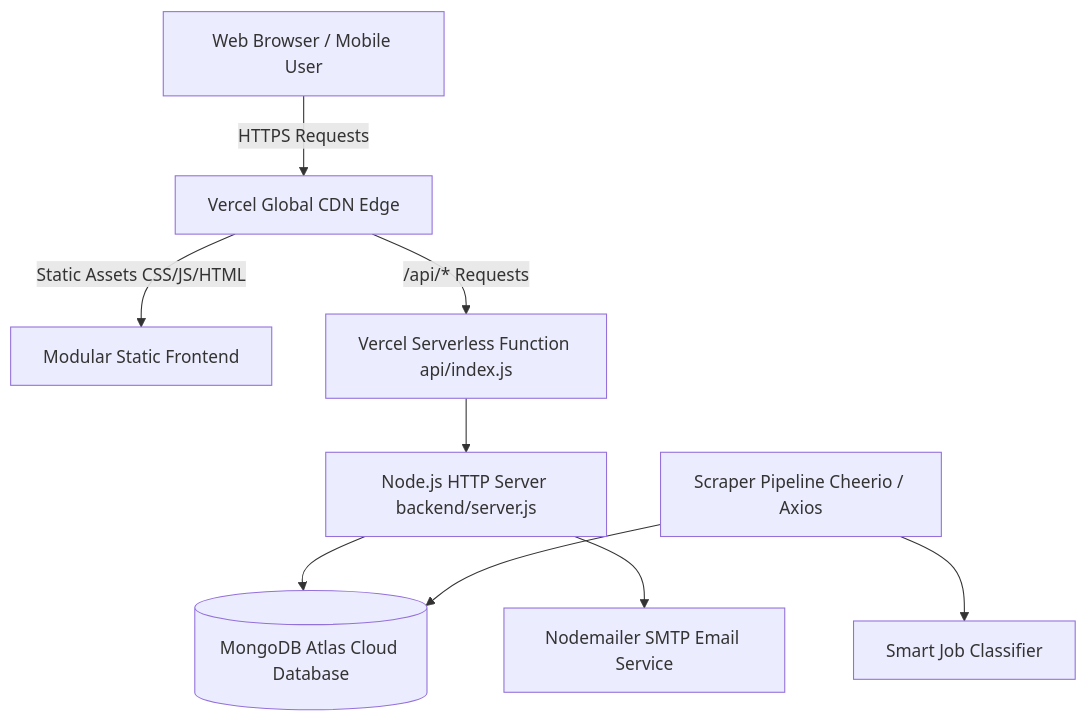
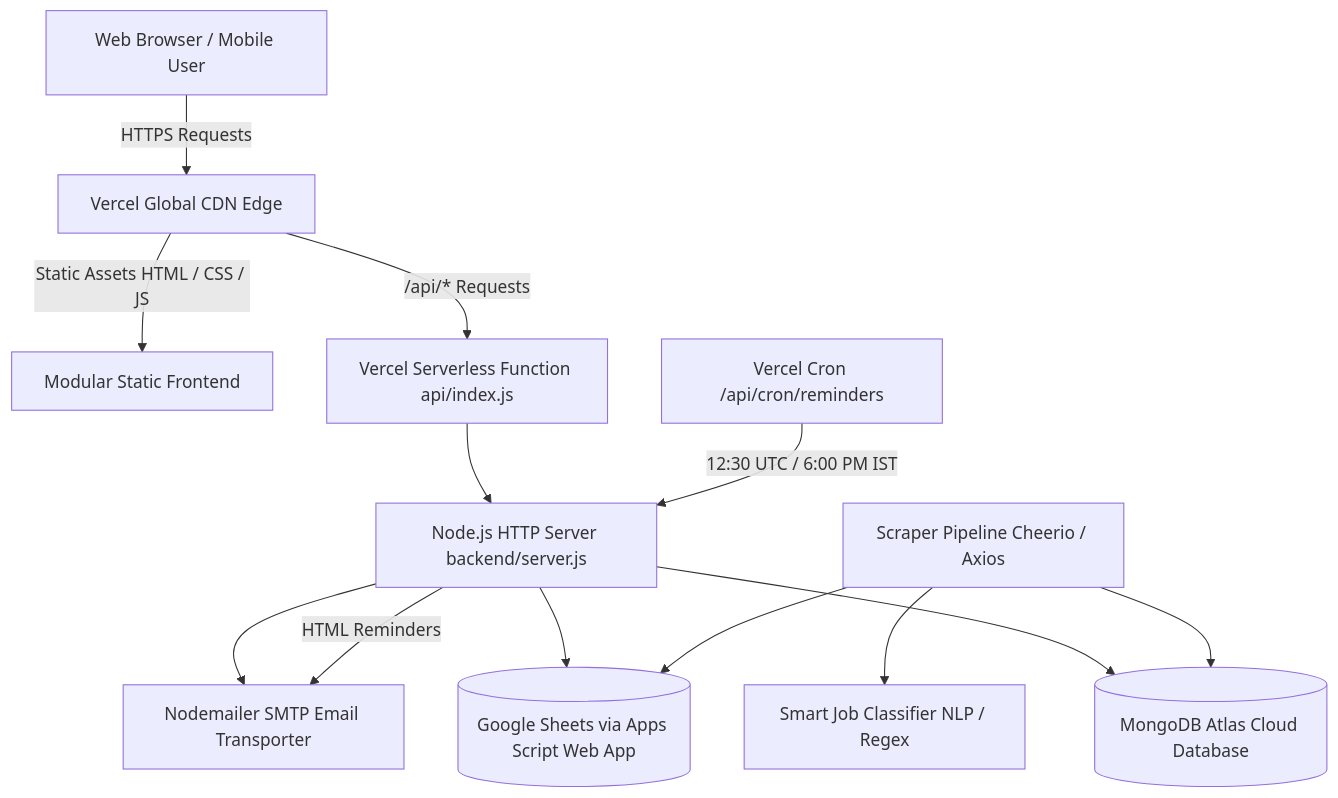
One commit to Inscrutable21/Sarkari_Result changed the diagram in README.md. Above: the diagram before and after it, drawn with Mermaid. The commit also changed other lines of this file and 3 other files, not shown here.

````diff
--- a/README.md
+++ b/README.md
@@ -75,11 +122,18 @@
 ```mermaid
 graph TD
     Client[Web Browser / Mobile User] -->|HTTPS Requests| VercelEdge[Vercel Global CDN Edge]
-    VercelEdge -->|Static Assets CSS/JS/HTML| Frontend[Modular Static Frontend]
+    VercelEdge -->|Static Assets HTML / CSS / JS| Frontend[Modular Static Frontend]
     VercelEdge -->|/api/* Requests| Serverless[Vercel Serverless Function api/index.js]
     Serverless --> Backend[Node.js HTTP Server backend/server.js]
+    
     Backend --> MongoDB[(MongoDB Atlas Cloud Database)]
-    Backend --> SMTP[Nodemailer SMTP Email Service]
+    Backend --> GoogleSheets[(Google Sheets via Apps Script Web App)]
+    Backend --> SMTP[Nodemailer SMTP Email Transporter]
+    
     Scraper[Scraper Pipeline Cheerio / Axios] --> MongoDB
-    Scraper --> Classifier[Smart Job Classifier]
+    Scraper --> GoogleSheets
+    Scraper --> Classifier[Smart Job Classifier NLP / Regex]
+    
+    Cron[Vercel Cron /api/cron/reminders] -->|12:30 UTC / 6:00 PM IST| Backend
+    Backend -->|HTML Reminders| SMTP
 ```
````
